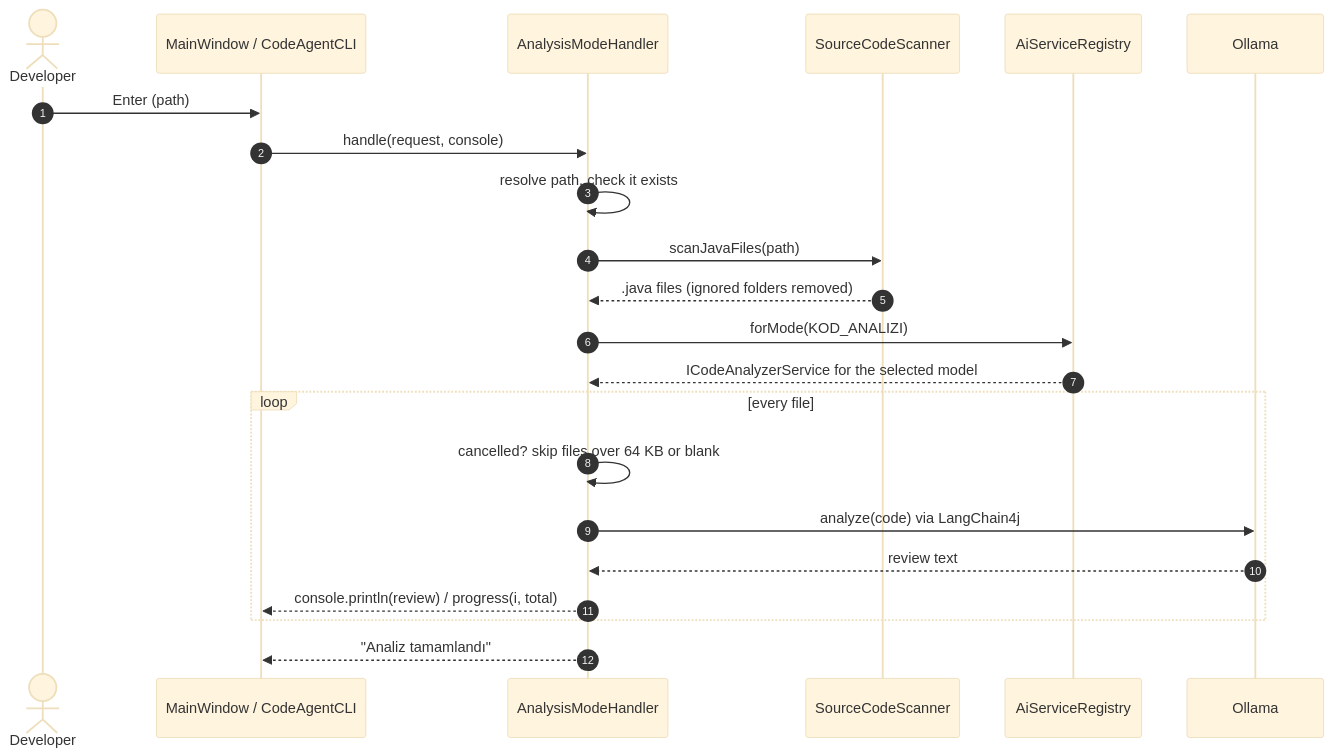
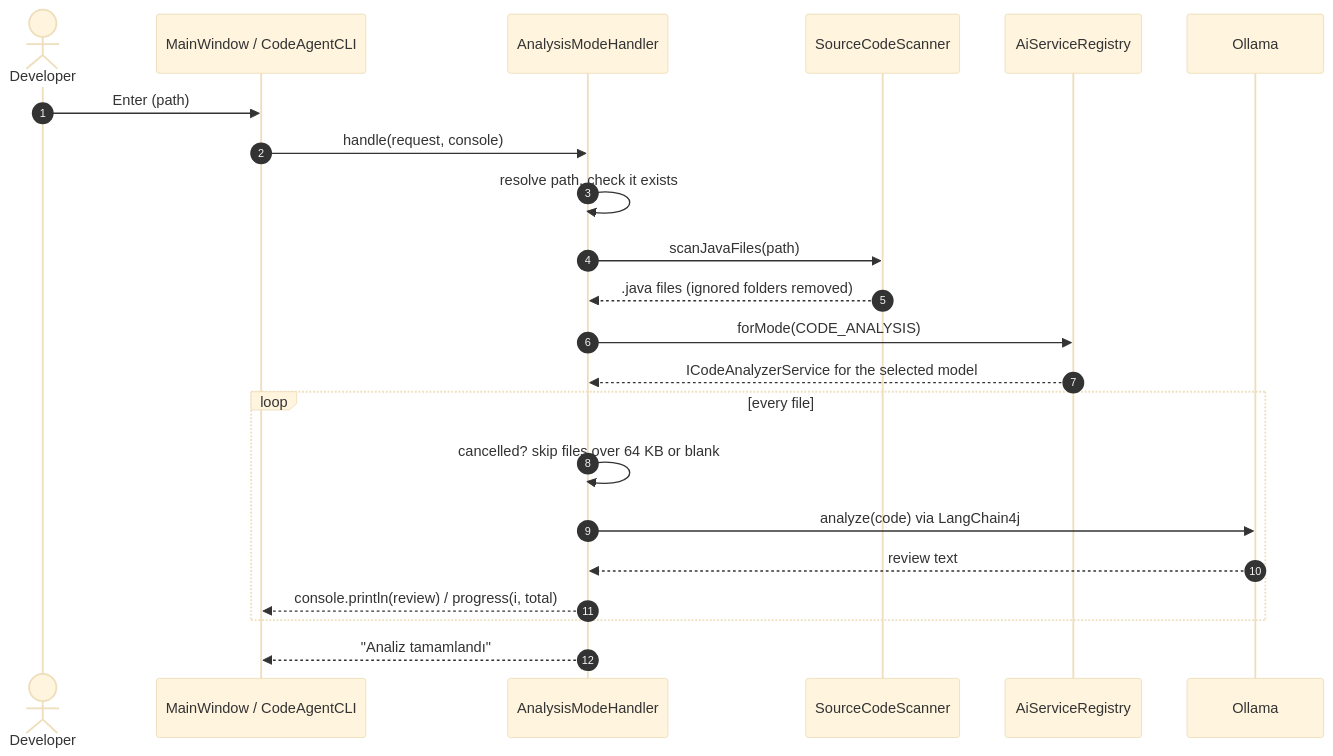
The fourth of 5 diagrams in docs/ARCHITECTURE.md (burak-can-onarim/blue-ring-octopus-cli), drawn with Mermaid (base theme) before and after one commit. The commit also changed other lines of this file and 18 other files, not shown here.

````diff
--- a/docs/ARCHITECTURE.md
+++ b/docs/ARCHITECTURE.md
@@ -154,25 +154,25 @@
 ```mermaid
 sequenceDiagram
     autonumber
     actor U as Developer
     participant W as MainWindow / CodeAgentCLI
     participant A as AnalysisModeHandler
     participant S as SourceCodeScanner
     participant R as AiServiceRegistry
     participant M as Ollama
 
     U->>W: Enter (path)
     W->>A: handle(request, console)
     A->>A: resolve path, check it exists
     A->>S: scanJavaFiles(path)
     S-->>A: .java files (ignored folders removed)
-    A->>R: forMode(KOD_ANALIZI)
+    A->>R: forMode(CODE_ANALYSIS)
     R-->>A: ICodeAnalyzerService for the selected model
     loop every file
         A->>A: cancelled? skip files over 64 KB or blank
         A->>M: analyze(code) via LangChain4j
         M-->>A: review text
         A-->>W: console.println(review) / progress(i, total)
     end
     A-->>W: "Analiz tamamlandı"
 ```
````
